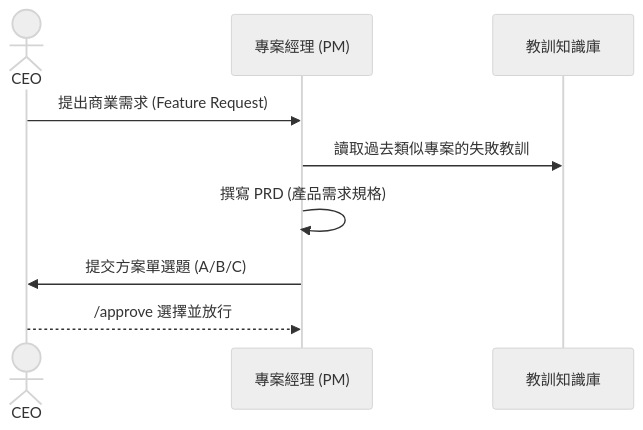
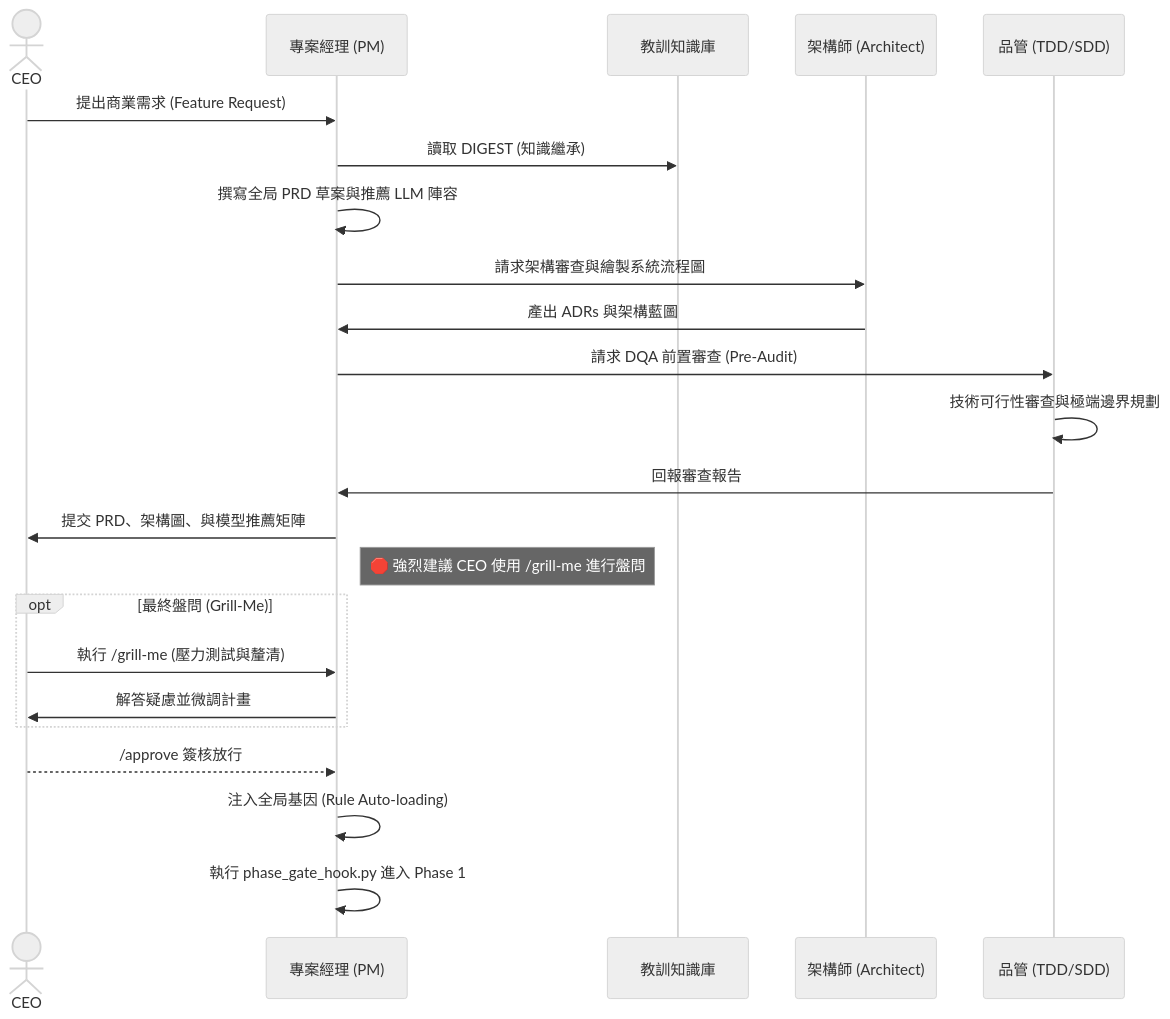
Before and after one commit to vip3310495-Johnny/Johnny-project-team-plugin: the second of 8 diagrams in README.md, drawn with Mermaid (neutral theme).

Commit message:
docs: Add /grill-me and pre-audit steps to Phase 0 detailed flowchart

````diff
--- a/README.md
+++ b/README.md
@@ -89,11 +89,29 @@
 ```mermaid
 sequenceDiagram
     actor CEO
     participant PM as 專案經理 (PM)
     participant KB as 教訓知識庫
+    participant Arch as 架構師 (Architect)
+    participant DQA as 品管 (TDD/SDD)
+    
     CEO->>PM: 提出商業需求 (Feature Request)
-    PM->>KB: 讀取過去類似專案的失敗教訓
-    PM->>PM: 撰寫 PRD (產品需求規格)
-    PM->>CEO: 提交方案單選題 (A/B/C)
-    CEO-->>PM: /approve 選擇並放行
+    PM->>KB: 讀取 DIGEST (知識繼承)
+    PM->>PM: 撰寫全局 PRD 草案與推薦 LLM 陣容
+    PM->>Arch: 請求架構審查與繪製系統流程圖
+    Arch->>PM: 產出 ADRs 與架構藍圖
+    PM->>DQA: 請求 DQA 前置審查 (Pre-Audit)
+    DQA->>DQA: 技術可行性審查與極端邊界規劃
+    DQA->>PM: 回報審查報告
+    
+    PM->>CEO: 提交 PRD、架構圖、與模型推薦矩陣
+    Note right of PM: 🛑 強烈建議 CEO 使用 /grill-me 進行盤問
+    
+    opt 最終盤問 (Grill-Me)
+        CEO->>PM: 執行 /grill-me (壓力測試與釐清)
+        PM->>CEO: 解答疑慮並微調計畫
+    end
+    
+    CEO-->>PM: /approve 簽核放行
+    PM->>PM: 注入全局基因 (Rule Auto-loading)
+    PM->>PM: 執行 phase_gate_hook.py 進入 Phase 1
 ```
````
